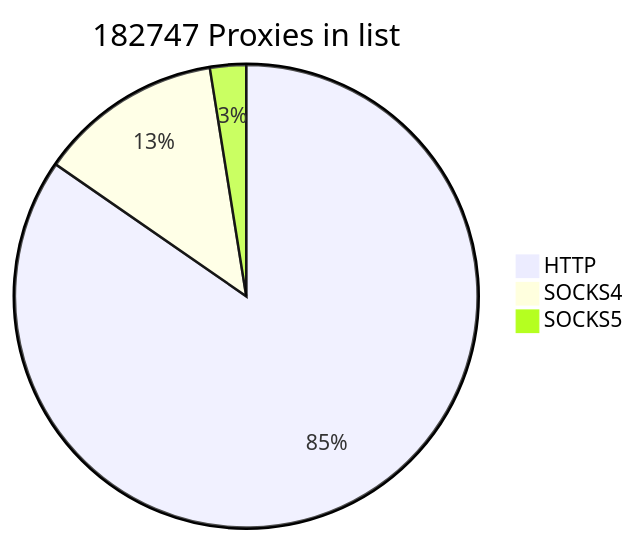
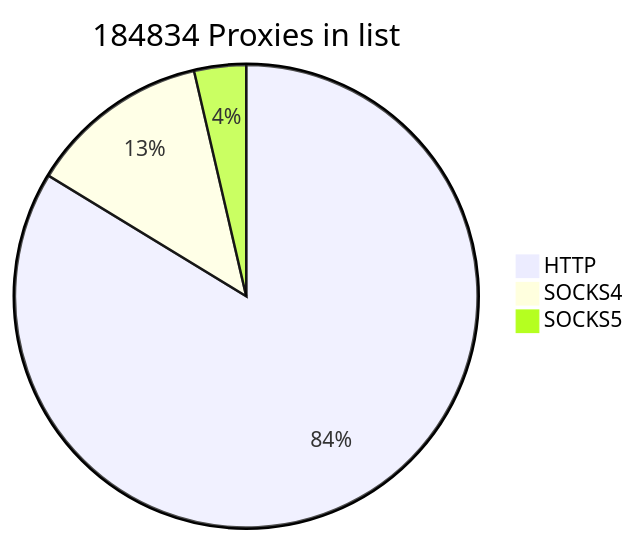
Before and after one commit to cutipu/proxylist: the first of 2 diagrams in README.md, drawn with Mermaid. The commit also changed other lines of this file, not shown here.

````diff
--- a/README.md
+++ b/README.md
@@ -2,7 +2,7 @@
 ```mermaid
-pie title 182747 Proxies in list
-    "HTTP" : 154675
-    "SOCKS4" : 23466
-    "SOCKS5" : 4606
+pie title 184834 Proxies in list
+    "HTTP" : 154737
+    "SOCKS4" : 23398
+    "SOCKS5" : 6699
             
 ```
````
